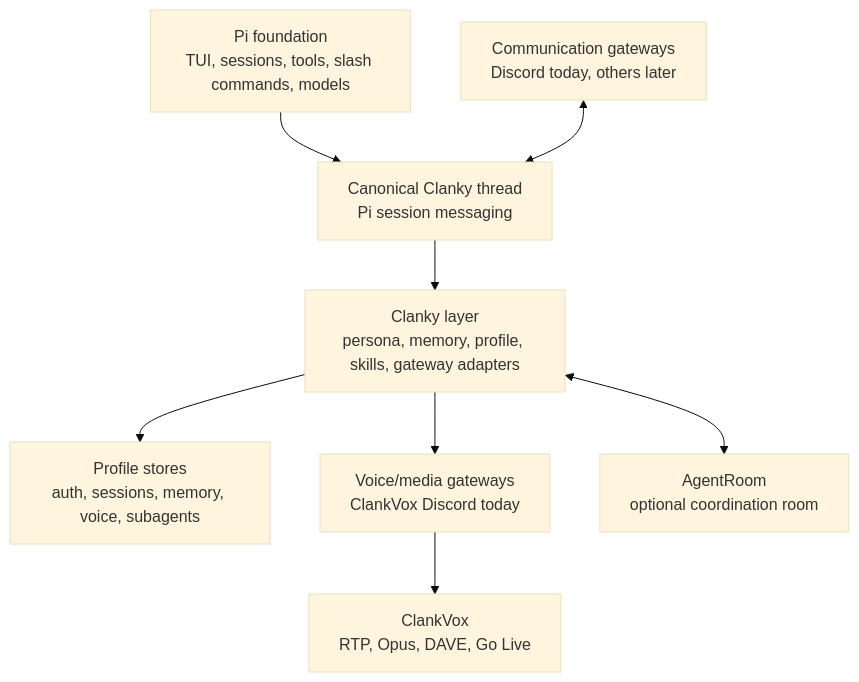
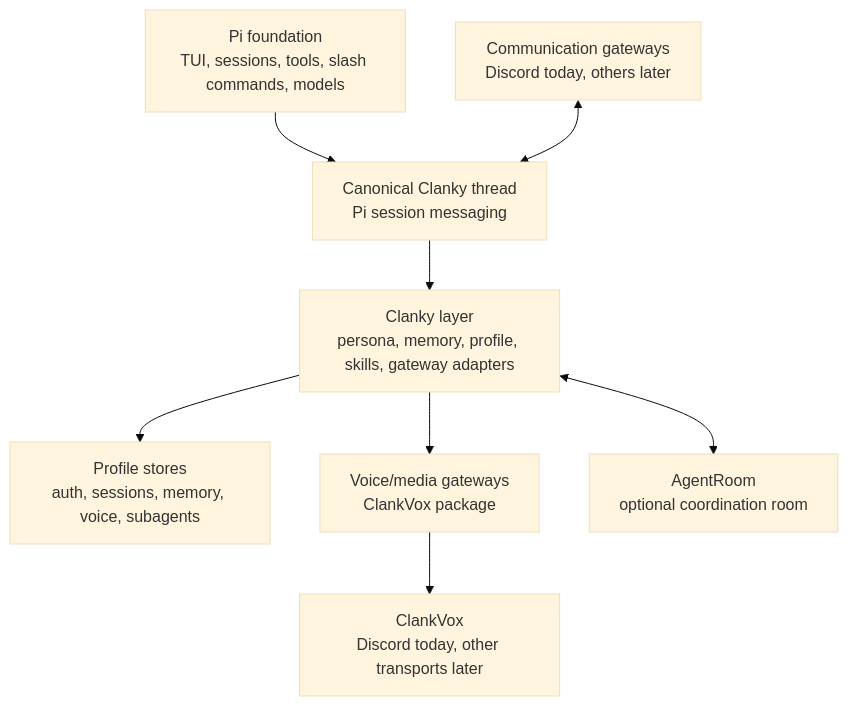
One commit to Volpestyle/clanky changed the diagram in docs/start-here.md. Above: the diagram before and after it, drawn with Mermaid (base theme). The commit also changed other lines of this file and 18 other files, not shown here.

Commit message:
Align ClankVox voice media framing

````diff
--- a/docs/start-here.md
+++ b/docs/start-here.md
@@ -54,19 +55,19 @@
 ```mermaid
 flowchart TB
   pi["Pi foundation<br/>TUI, sessions, tools, slash commands, models"]
   thread["Canonical Clanky thread<br/>Pi session messaging"]
   clanky["Clanky layer<br/>persona, memory, profile, skills, gateway adapters"]
   profile["Profile stores<br/>auth, sessions, memory, voice, subagents"]
   chat["Communication gateways<br/>Discord today, others later"]
-  voice["Voice/media gateways<br/>ClankVox Discord today"]
-  vox["ClankVox<br/>RTP, Opus, DAVE, Go Live"]
+  voice["Voice/media gateways<br/>ClankVox package"]
+  vox["ClankVox<br/>Discord today, other transports later"]
   room["AgentRoom<br/>optional coordination room"]
 
   pi --> thread
   thread --> clanky
   clanky --> profile
   chat <--> thread
   clanky --> voice
   voice --> vox
   clanky <--> room
 ```
````
